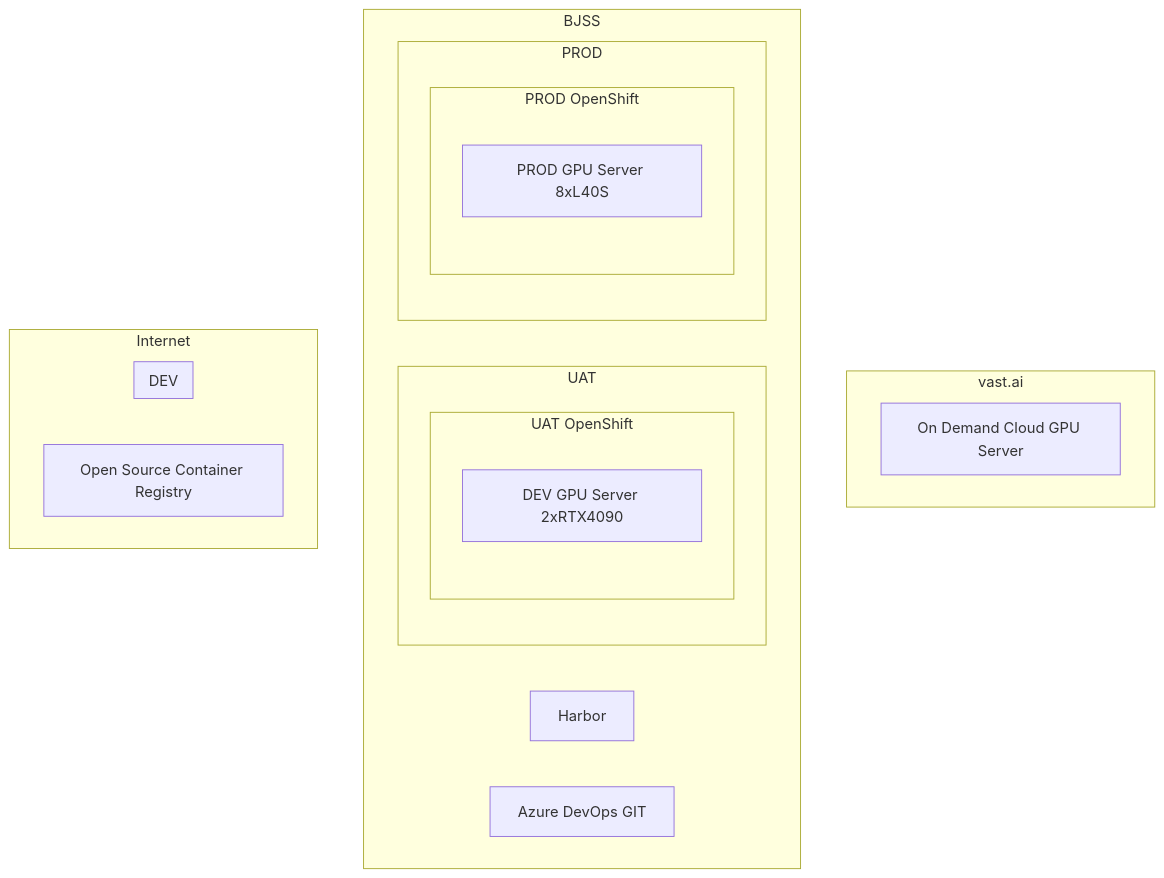
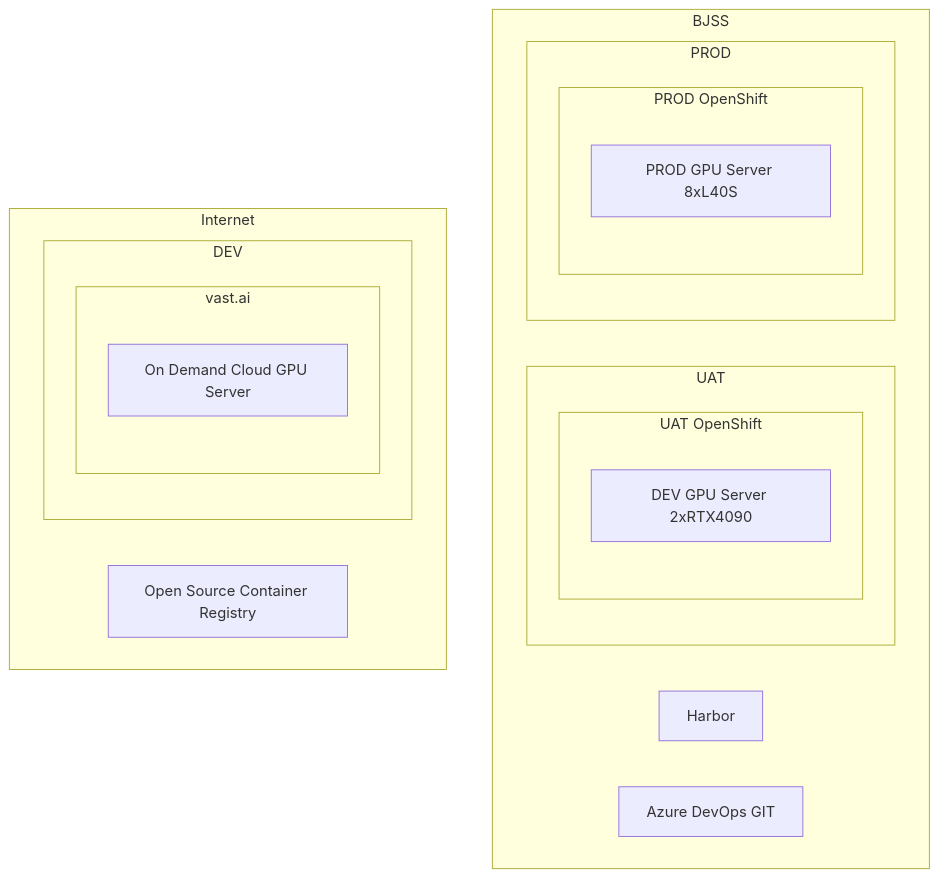
Before and after one commit to tim-roethig/ai-platform: the second of 2 diagrams in README.md, drawn with Mermaid.

````diff
--- a/README.md
+++ b/README.md
@@ -63,41 +63,41 @@
 ```mermaid
 graph TD
     A[Open Source Container Registry ]
     B[On Demand Cloud GPU Server]
     C[Harbor]
     D[Azure DevOps GIT]
     E[DEV GPU Server 2xRTX4090]
     F[PROD GPU Server 8xL40S]
 
     subgraph VAST_AI[vast.ai]
         B
     end
     subgraph UAT_OC[UAT OpenShift]
         E
     end
     subgraph PROD_OC[PROD OpenShift]
         F
     end
 
     subgraph DEV[DEV]
-        B
+        VAST_AI
     end
     subgraph UAT[UAT]
         UAT_OC
     end
     subgraph PROD[PROD]
         PROD_OC
     end
 
     subgraph BJSS[BJSS]
         C
         D
         UAT
         PROD
     end
 
     subgraph Internet[Internet]
         A
         DEV
     end
 ```
````
